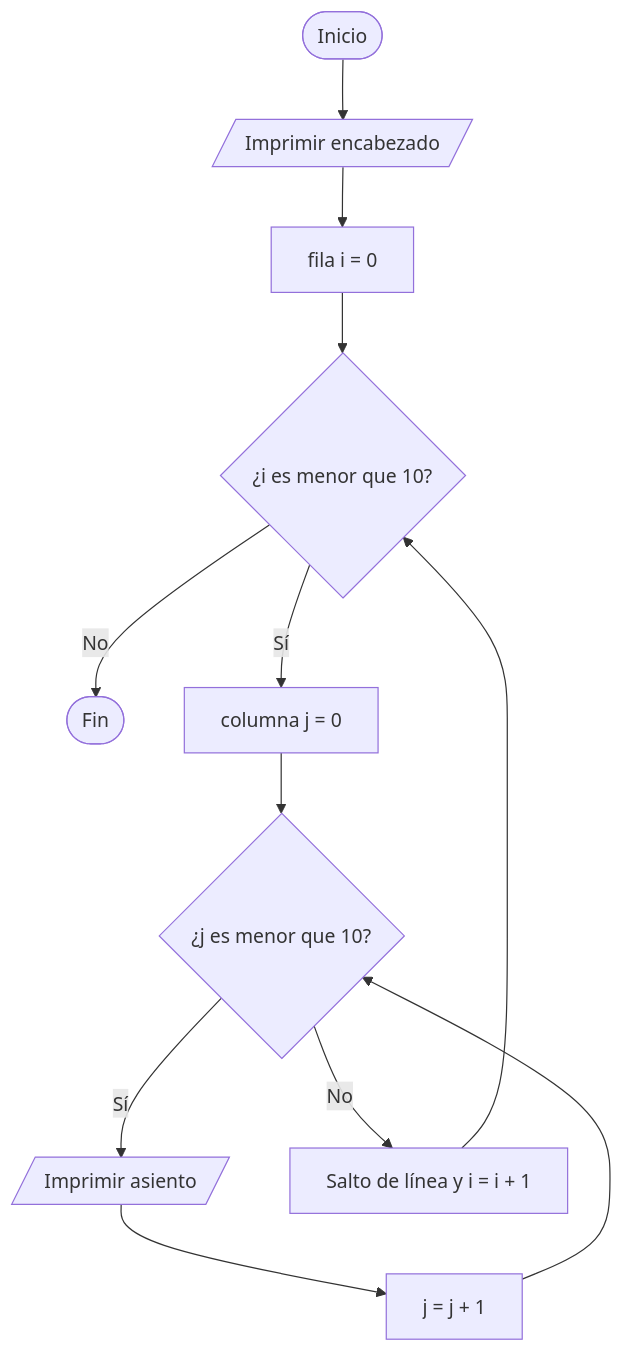
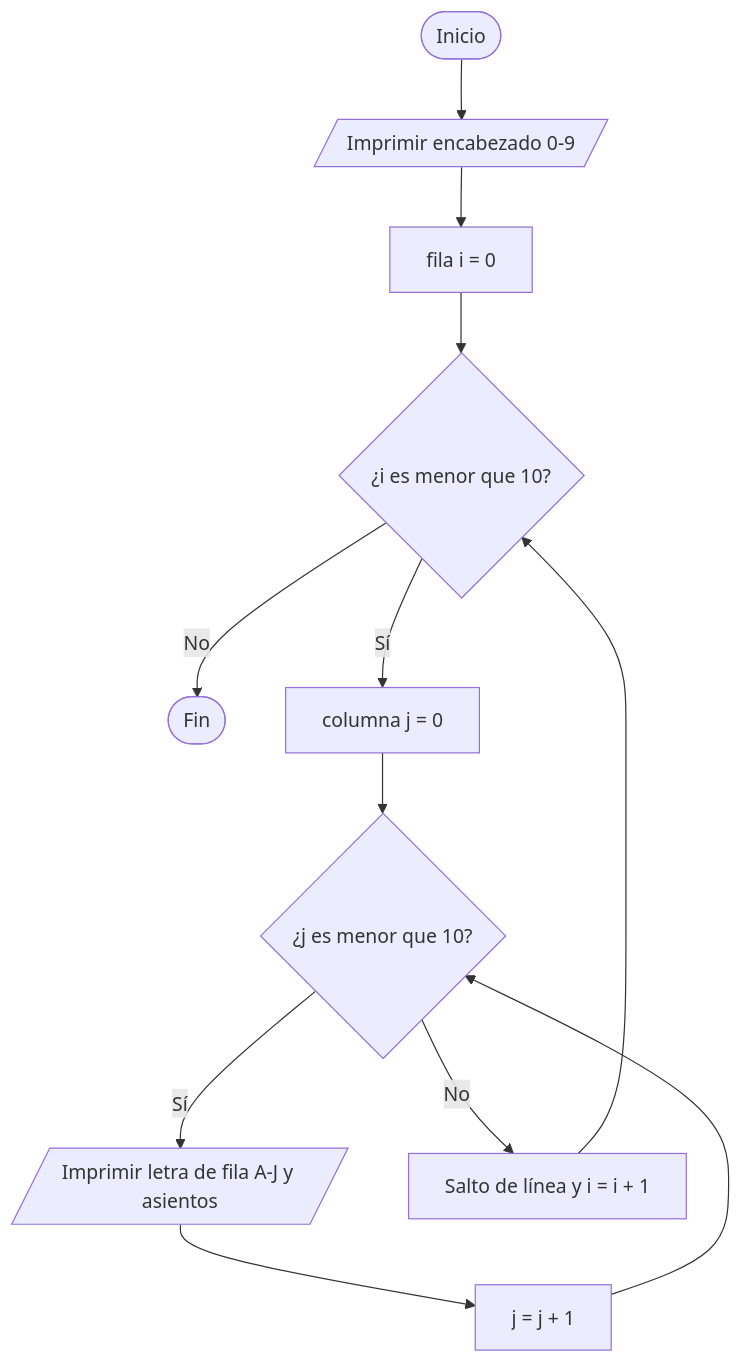
One commit to Roberto8322/Proyecto-Integrador-2-cine changed the second of 6 diagrams in Documentacion/Dia-2-Diagramas-de-flujo.md. Above: the diagram before and after it, drawn with Mermaid. The commit also changed other lines of this file, not shown here.

Commit message:
Dia2: Diagramas de flujo actualizados

````diff
--- a/Documentacion/Dia-2-Diagramas-de-flujo.md
+++ b/Documentacion/Dia-2-Diagramas-de-flujo.md
@@ -23,14 +23,14 @@
 ```mermaid
 flowchart TD
-    A([Inicio]) --> B[/Imprimir encabezado/]
+    A([Inicio]) --> B[/Imprimir encabezado 0-9/]
     B --> C[fila i = 0]
     C --> D{"¿i es menor que 10?"}
     D -->|No| Z([Fin])
     D -->|Sí| E[columna j = 0]
     E --> F{"¿j es menor que 10?"}
-    F -->|Sí| G[/Imprimir asiento/]
+    F -->|Sí| G[/Imprimir letra de fila A-J y asientos/]
     G --> H[j = j + 1]
     H --> F
     F -->|No| I[Salto de línea y i = i + 1]
     I --> D
 ```
````
